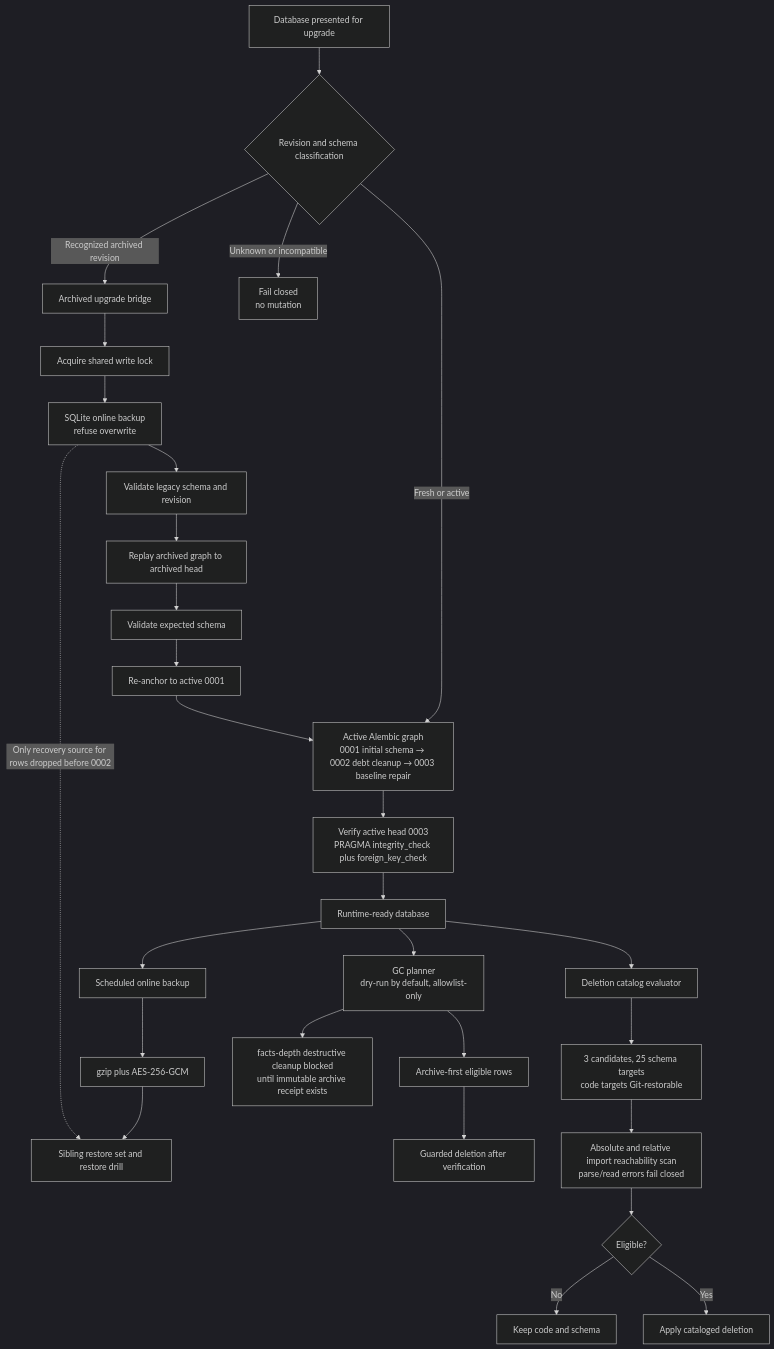
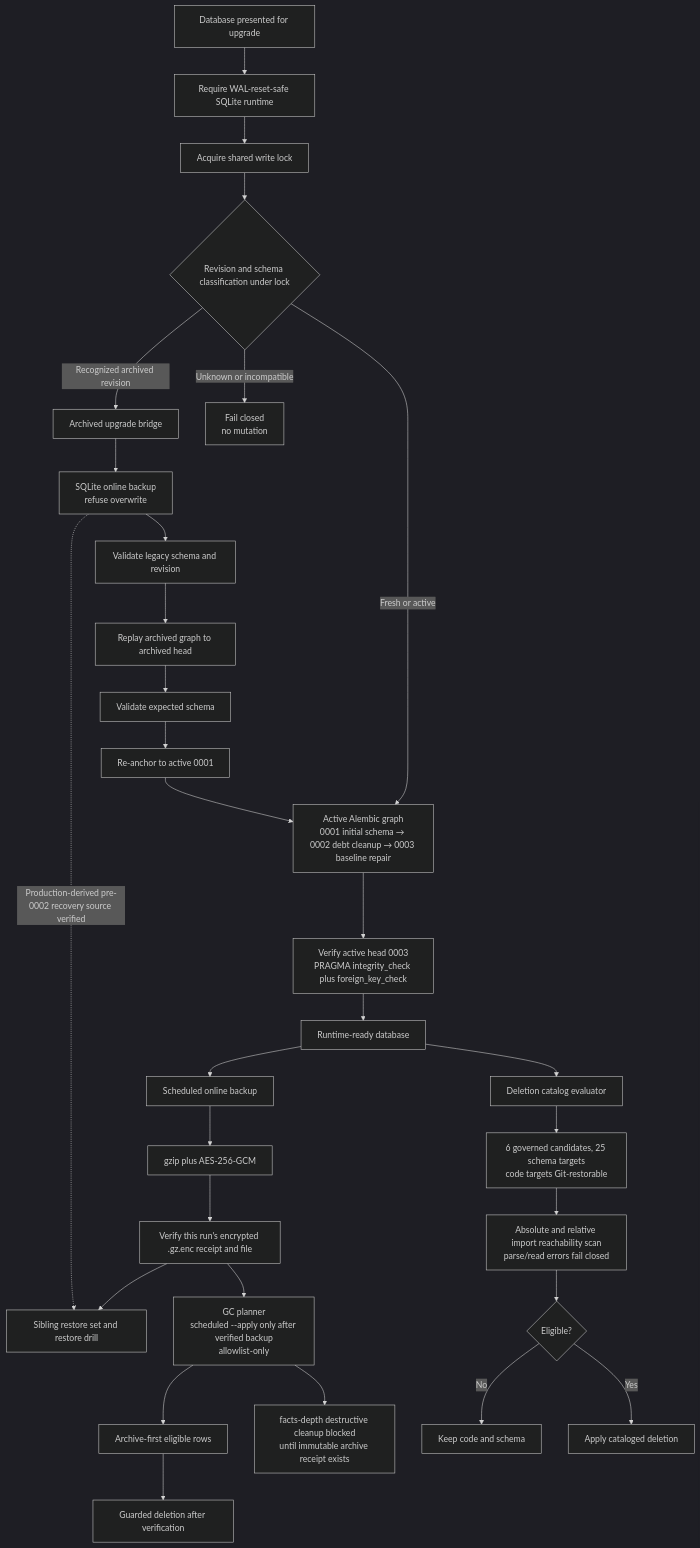
One commit to bhanunuthakki/earnings-summary changed the third of 3 diagrams in docs/architecture/backend_db_flows.md. Above: the diagram before and after it, drawn with Mermaid (dark theme). The commit also changed other lines of this file and 229 other files, not shown here.

Commit message:
fix: complete L1 roadmap hardening

````diff
--- a/docs/architecture/backend_db_flows.md
+++ b/docs/architecture/backend_db_flows.md
@@ -166,30 +171,32 @@
 ```mermaid
 flowchart TB
-    start["Database presented for upgrade"] --> classify{"Revision and schema classification"}
+    start["Database presented for upgrade"] --> runtime_gate["Require WAL-reset-safe SQLite runtime"]
+    runtime_gate --> lock["Acquire shared write lock"]
+    lock --> classify{"Revision and schema classification under lock"}
     classify -->|"Fresh or active"| active["Active Alembic graph\n0001 initial schema → 0002 debt cleanup → 0003 baseline repair"]
     classify -->|"Recognized archived revision"| bridge["Archived upgrade bridge"]
     classify -->|"Unknown or incompatible"| refuse["Fail closed\nno mutation"]
-    bridge --> lock["Acquire shared write lock"]
-    lock --> backup["SQLite online backup\nrefuse overwrite"]
+    bridge --> backup["SQLite online backup\nrefuse overwrite"]
     backup --> precheck["Validate legacy schema and revision"]
     precheck --> archived["Replay archived graph to archived head"]
     archived --> validate["Validate expected schema"]
     validate --> reanchor["Re-anchor to active 0001"]
     reanchor --> active
     active --> integrity["Verify active head 0003\nPRAGMA integrity_check plus foreign_key_check"]
     integrity --> ready["Runtime-ready database"]
     ready --> scheduled_backup["Scheduled online backup"]
     scheduled_backup --> encrypt["gzip plus AES-256-GCM"]
-    encrypt --> sibling["Sibling restore set and restore drill"]
-    ready --> gc["GC planner\ndry-run by default, allowlist-only"]
+    encrypt --> receipt["Verify this run's encrypted .gz.enc receipt and file"]
+    receipt --> sibling["Sibling restore set and restore drill"]
+    receipt --> gc["GC planner\nscheduled --apply only after verified backup\nallowlist-only"]
     gc --> archive_first["Archive-first eligible rows"]
     archive_first --> delete["Guarded deletion after verification"]
     gc --> blocked["facts-depth destructive cleanup blocked\nuntil immutable archive receipt exists"]
     ready --> deletion_eval["Deletion catalog evaluator"]
-    deletion_eval --> targets["3 candidates, 25 schema targets\ncode targets Git-restorable"]
+    deletion_eval --> targets["6 governed candidates, 25 schema targets\ncode targets Git-restorable"]
     targets --> import_scan["Absolute and relative import reachability scan\nparse/read errors fail closed"]
     import_scan --> eligibility{"Eligible?"}
     eligibility -->|"No"| refuse_delete["Keep code and schema"]
     eligibility -->|"Yes"| governed_delete["Apply cataloged deletion"]
-    backup -. "Only recovery source for rows dropped before 0002" .-> sibling
+    backup -. "Production-derived pre-0002 recovery source verified" .-> sibling
 ```
````
